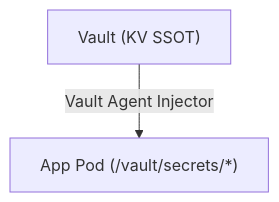
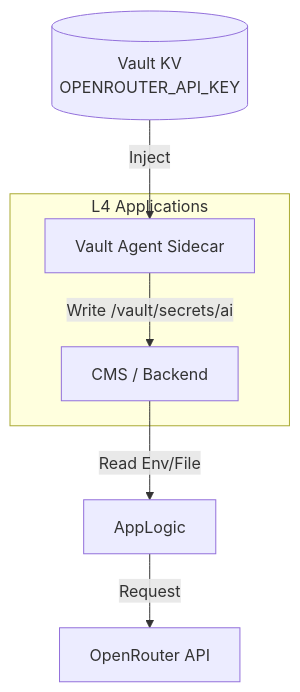
Before and after one commit to wangzitian0/infra: the diagram in docs/ssot/platform.ai.md, drawn with Mermaid. The commit also changed other lines of this file and 5 other files, not shown here.

````diff
--- a/docs/ssot/platform.ai.md
+++ b/docs/ssot/platform.ai.md
@@ -30,4 +29,16 @@
 ```mermaid
 flowchart TB
-    Vault["Vault (KV SSOT)"] -->|Vault Agent Injector| AppPod["App Pod (/vault/secrets/*)"]
+    Vault[(Vault KV<br/>OPENROUTER_API_KEY)]
+    
+    subgraph "L4 Applications"
+        App[CMS / Backend]
+        Agent[Vault Agent Sidecar]
+    end
+    
+    External[OpenRouter API]
+
+    Vault -->|Inject| Agent
+    Agent -->|Write /vault/secrets/ai| App
+    App -->|Read Env/File| AppLogic
+    AppLogic -->|Request| External
 ```
````
